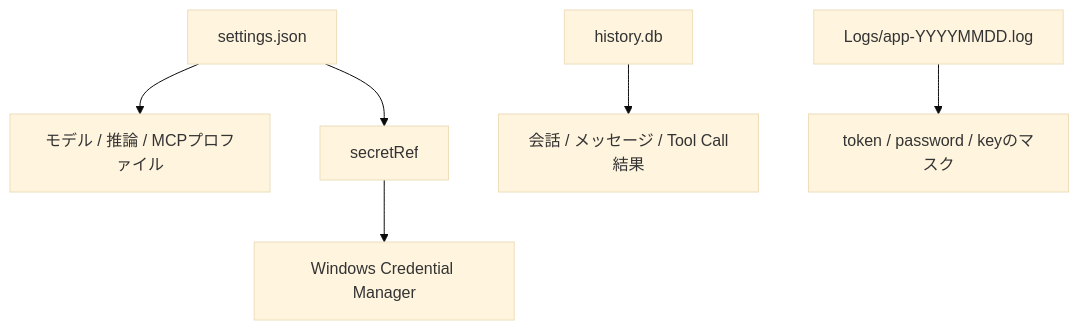
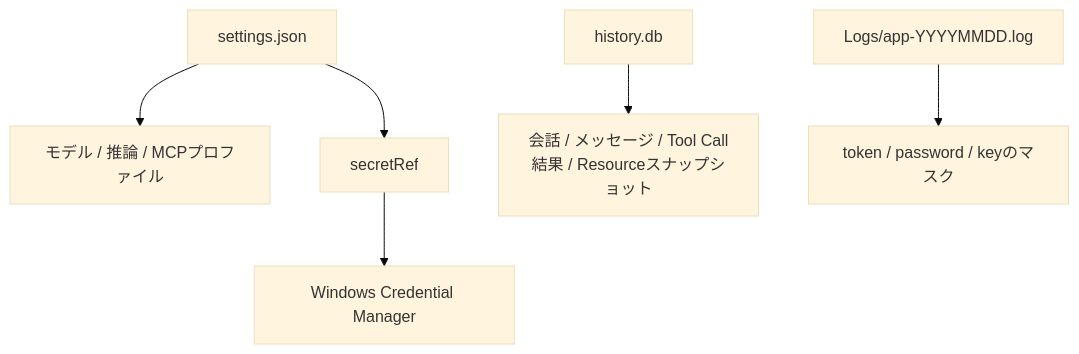
One commit to shaderjp/LocalMCPChatClient changed the fourth of 4 diagrams in docs/architecture.md. Above: the diagram before and after it, drawn with Mermaid (base theme). The commit also changed other lines of this file and 22 other files, not shown here.

````diff
--- a/docs/architecture.md
+++ b/docs/architecture.md
@@ -148,8 +160,8 @@
 ```mermaid
 flowchart TD
     Settings["settings.json"] --> General["モデル / 推論 / MCPプロファイル"]
     Settings --> Ref["secretRef"]
     Ref --> Cred["Windows Credential Manager"]
-    History["history.db"] --> Conversations["会話 / メッセージ / Tool Call結果"]
+    History["history.db"] --> Conversations["会話 / メッセージ / Tool Call結果 / Resourceスナップショット"]
     Logs["Logs/app-YYYYMMDD.log"] --> Redaction["token / password / keyのマスク"]
 ```
````
